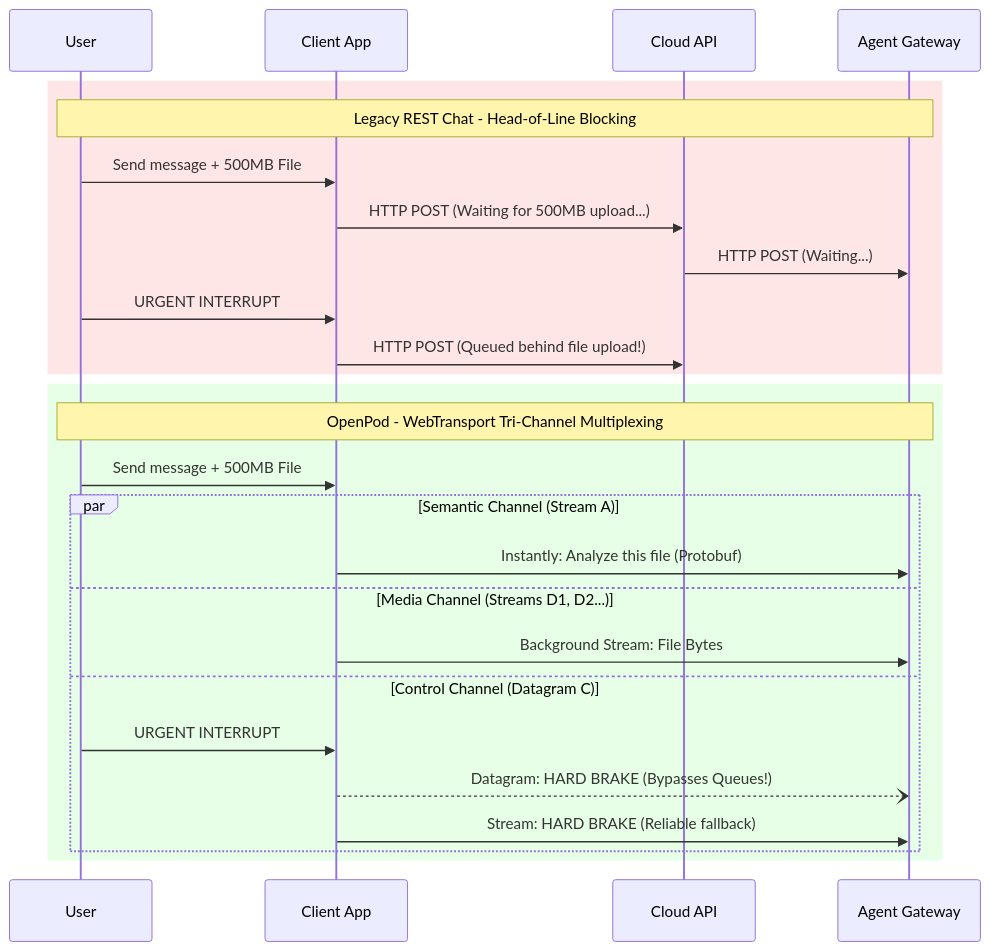
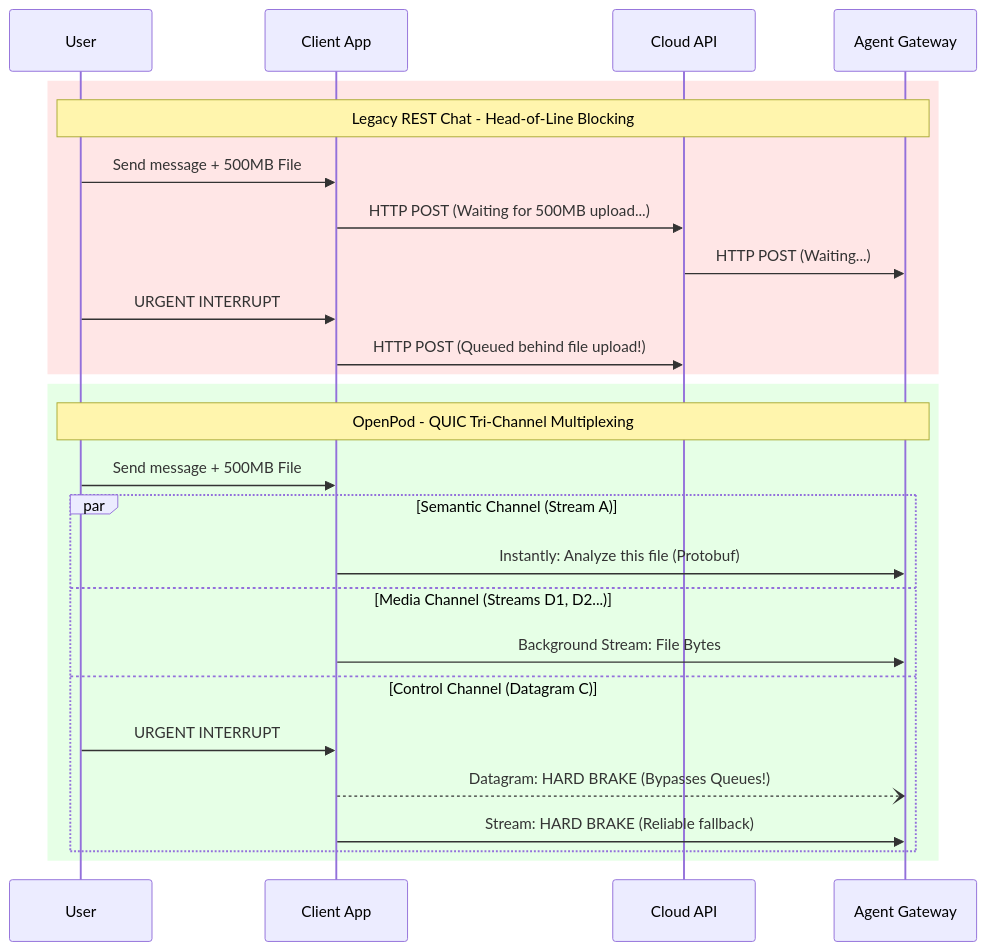
The third of 4 diagrams in README.md (styin/openpod), drawn with Mermaid before and after one commit. The commit also changed other lines of this file and 1 other file, not shown here.

````diff
--- a/README.md
+++ b/README.md
@@ -83,30 +83,30 @@
 ```mermaid
 sequenceDiagram
     participant User
     participant App as Client App
     participant Cloud as Cloud API
     participant Agent as Agent Gateway
 
     rect rgb(255, 230, 230)
     Note over User, Agent: Legacy REST Chat - Head-of-Line Blocking
     User->>App: Send message + 500MB File
     App->>Cloud: HTTP POST (Waiting for 500MB upload...)
     Cloud->>Agent: HTTP POST (Waiting...)
     User->>App: URGENT INTERRUPT
     App->>Cloud: HTTP POST (Queued behind file upload!)
     end
 
     rect rgb(230, 255, 230)
-    Note over User, Agent: OpenPod - WebTransport Tri-Channel Multiplexing
+    Note over User, Agent: OpenPod - QUIC Tri-Channel Multiplexing
     User->>App: Send message + 500MB File
     par Semantic Channel (Stream A)
         App->>Agent: Instantly: Analyze this file (Protobuf)
     and Media Channel (Streams D1, D2...)
         App->>Agent: Background Stream: File Bytes
     and Control Channel (Datagram C)
         User->>App: URGENT INTERRUPT
         App--)Agent: Datagram: HARD BRAKE (Bypasses Queues!)
         App->>Agent: Stream: HARD BRAKE (Reliable fallback)
     end
     end
 ```
````
